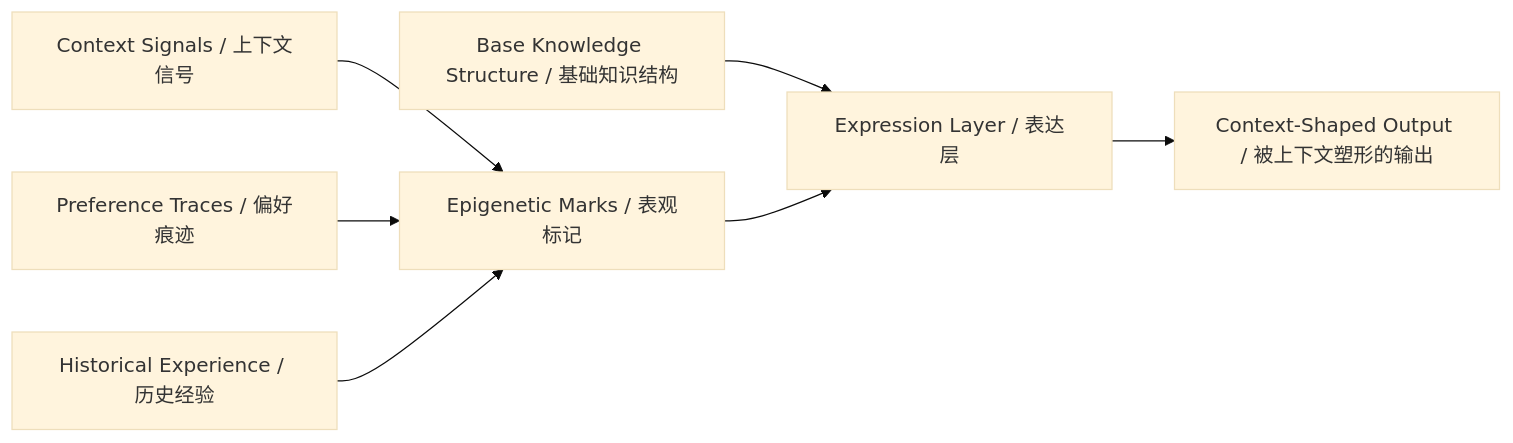
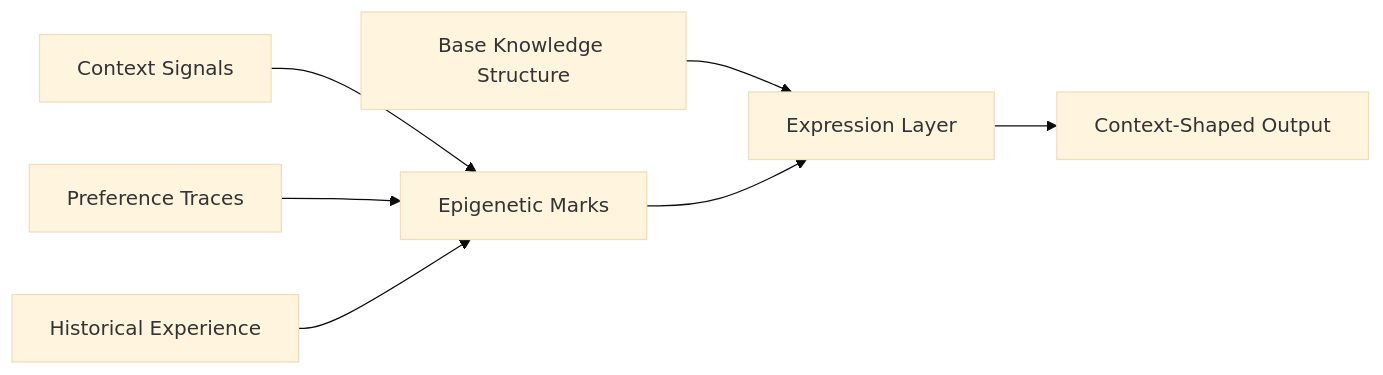
Before and after one commit to televgtamfe-coder/HelixForge: the eighth of 8 diagrams in README.md, drawn with Mermaid (base theme). The commit also changed other lines of this file and 1 other file, not shown here.

````diff
--- a/README.md
+++ b/README.md
@@ -237,9 +204,9 @@
 ```mermaid
 flowchart LR
-    B["Base Knowledge Structure / 基础知识结构"] --> E["Expression Layer / 表达层"]
-    C["Context Signals / 上下文信号"] --> M["Epigenetic Marks / 表观标记"]
-    P["Preference Traces / 偏好痕迹"] --> M
-    H["Historical Experience / 历史经验"] --> M
+    B["Base Knowledge Structure"] --> E["Expression Layer"]
+    C["Context Signals"] --> M["Epigenetic Marks"]
+    P["Preference Traces"] --> M
+    H["Historical Experience"] --> M
     M --> E
-    E --> O["Context-Shaped Output / 被上下文塑形的输出"]
+    E --> O["Context-Shaped Output"]
 ```
````
